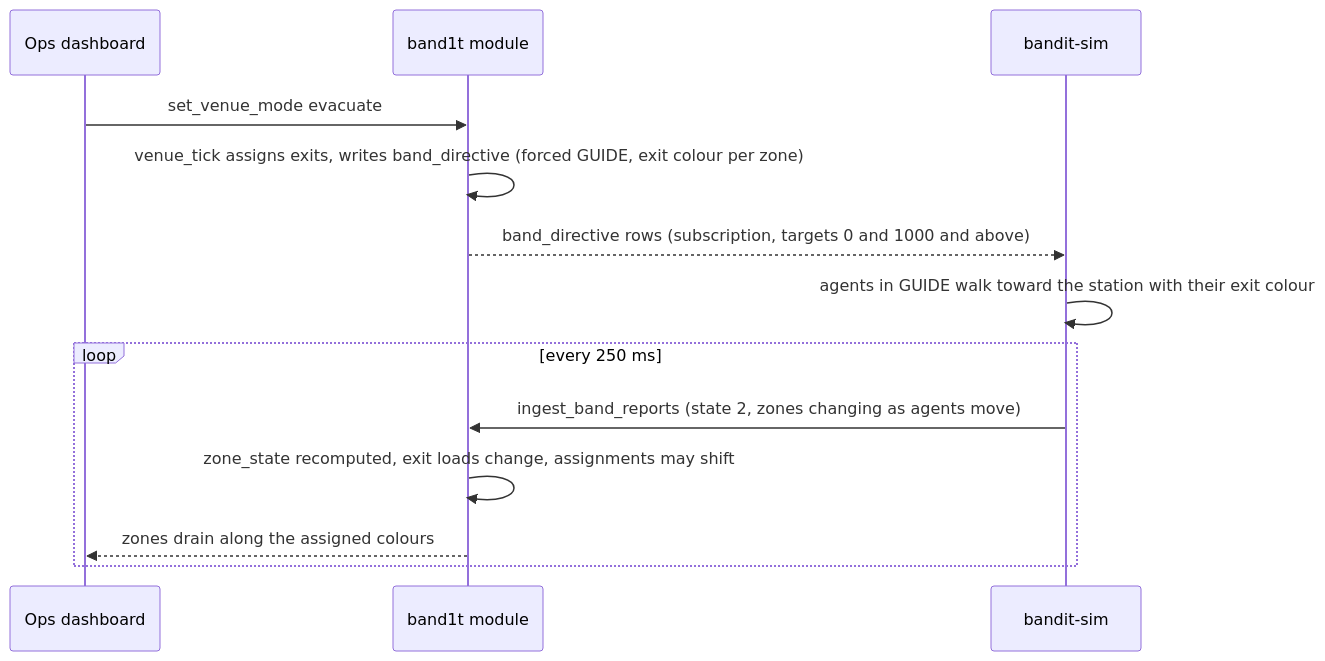
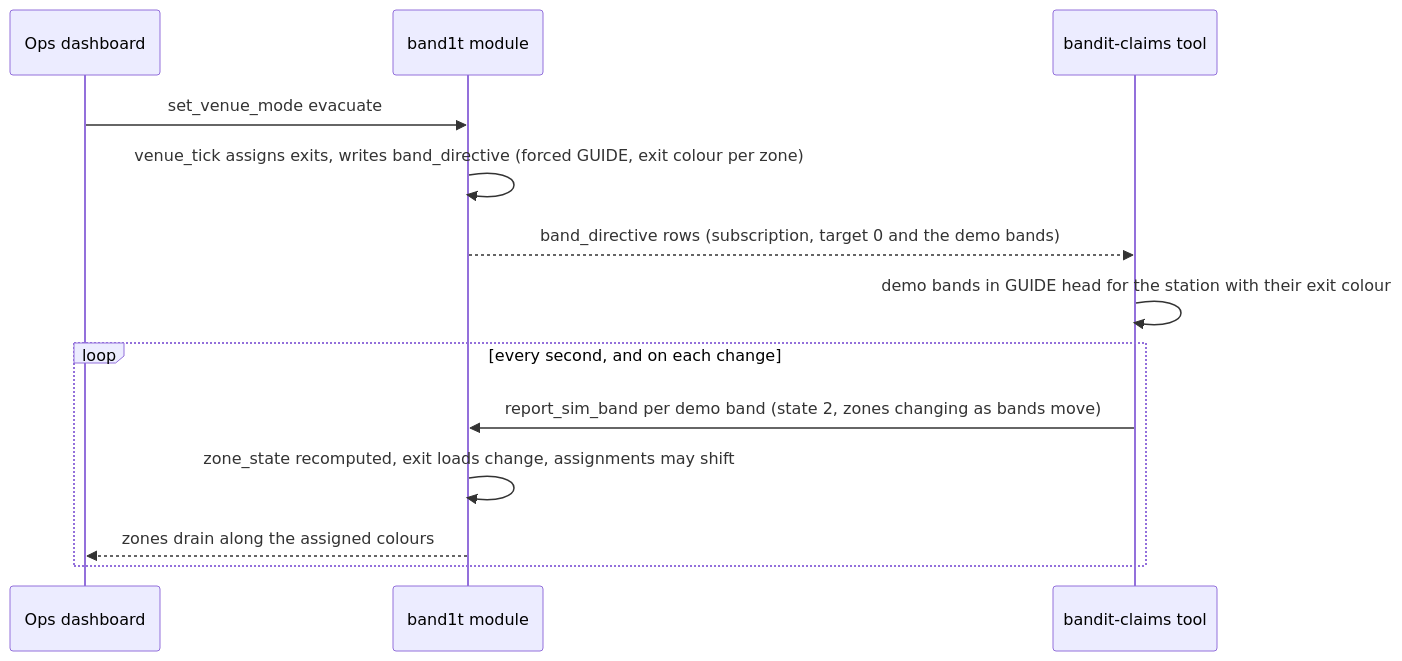
The second of 2 diagrams in System Design/3-services/Simulator.md (viktorinkov/cal-hacks-13), drawn with Mermaid before and after one commit. The commit also changed other lines of this file and 19 other files, not shown here.

````diff
--- a/System Design/3-services/Simulator.md
+++ b/System Design/3-services/Simulator.md
@@ -96,15 +108,15 @@
 ```mermaid
 sequenceDiagram
     participant O as Ops dashboard
     participant M as band1t module
-    participant S as bandit-sim
+    participant S as bandit-claims tool
     O->>M: set_venue_mode evacuate
     M->>M: venue_tick assigns exits, writes band_directive (forced GUIDE, exit colour per zone)
-    M-->>S: band_directive rows (subscription, targets 0 and 1000 and above)
-    S->>S: agents in GUIDE walk toward the station with their exit colour
-    loop every 250 ms
-        S->>M: ingest_band_reports (state 2, zones changing as agents move)
+    M-->>S: band_directive rows (subscription, target 0 and the demo bands)
+    S->>S: demo bands in GUIDE head for the station with their exit colour
+    loop every second, and on each change
+        S->>M: report_sim_band per demo band (state 2, zones changing as bands move)
         M->>M: zone_state recomputed, exit loads change, assignments may shift
         M-->>O: zones drain along the assigned colours
     end
 ```
````
